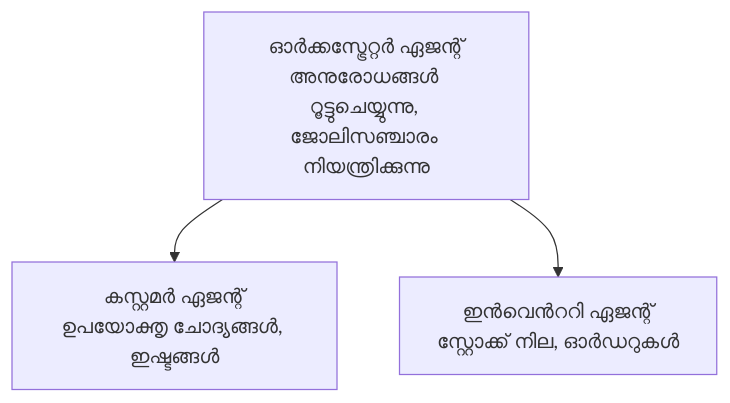
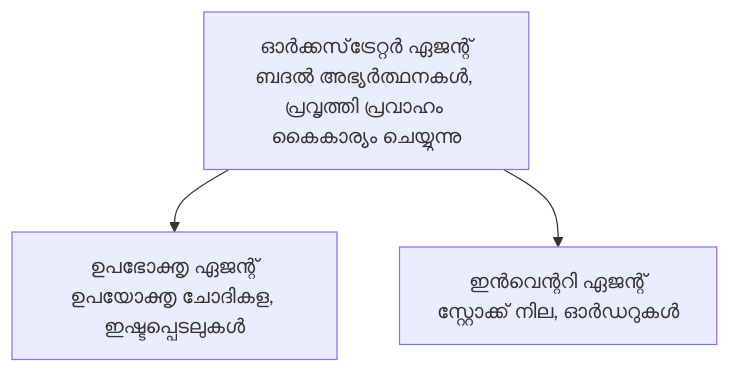
Before and after one commit to microsoft/AZD-for-beginners: the diagram in translations/ml/docs/chapter-05-multi-agent/README.md, drawn with Mermaid. The commit also changed other lines of this file and 104 other files, not shown here.

````diff
--- a/translations/ml/docs/chapter-05-multi-agent/README.md
+++ b/translations/ml/docs/chapter-05-multi-agent/README.md
@@ -52,5 +54,5 @@
 ```mermaid
 graph TD
-    Orchestrator[ഓർക്കസ്ട്രേറ്റർ ഏജന്റ്<br/>അനുരോധങ്ങൾ റൂട്ടുചെയ്യുന്നു, ജോലിസഞ്ചാരം നിയന്ത്രിക്കുന്നു] --> Customer[കസ്റ്റമർ ഏജന്റ്<br/>ഉപയോക്തൃ ചോദ്യങ്ങൾ, ഇഷ്ടങ്ങൾ]
-    Orchestrator --> Inventory[ഇൻവെൻററി ഏജന്റ്<br/>സ്റ്റോക്ക് നില, ഓർഡറുകൾ]
+    Orchestrator[ഓർക്കസ്‌ട്രേറ്റർ ഏജന്റ്<br/>ബദൽ അഭ്യർത്ഥനകൾ, പ്രവൃത്തി പ്രവാഹം കൈകാര്യം ചെയ്യുന്നു] --> Customer[ഉപഭോക്തൃ ഏജന്റ്<br/>ഉപയോക്തൃ ചോദികള, ഇഷ്ടപ്പെടലുകൾ]
+    Orchestrator --> Inventory[ഇൻവെന്ററി ഏജന്റ്<br/>സ്റ്റോക്ക് നില, ഓർഡറുകൾ]
 ```
````
